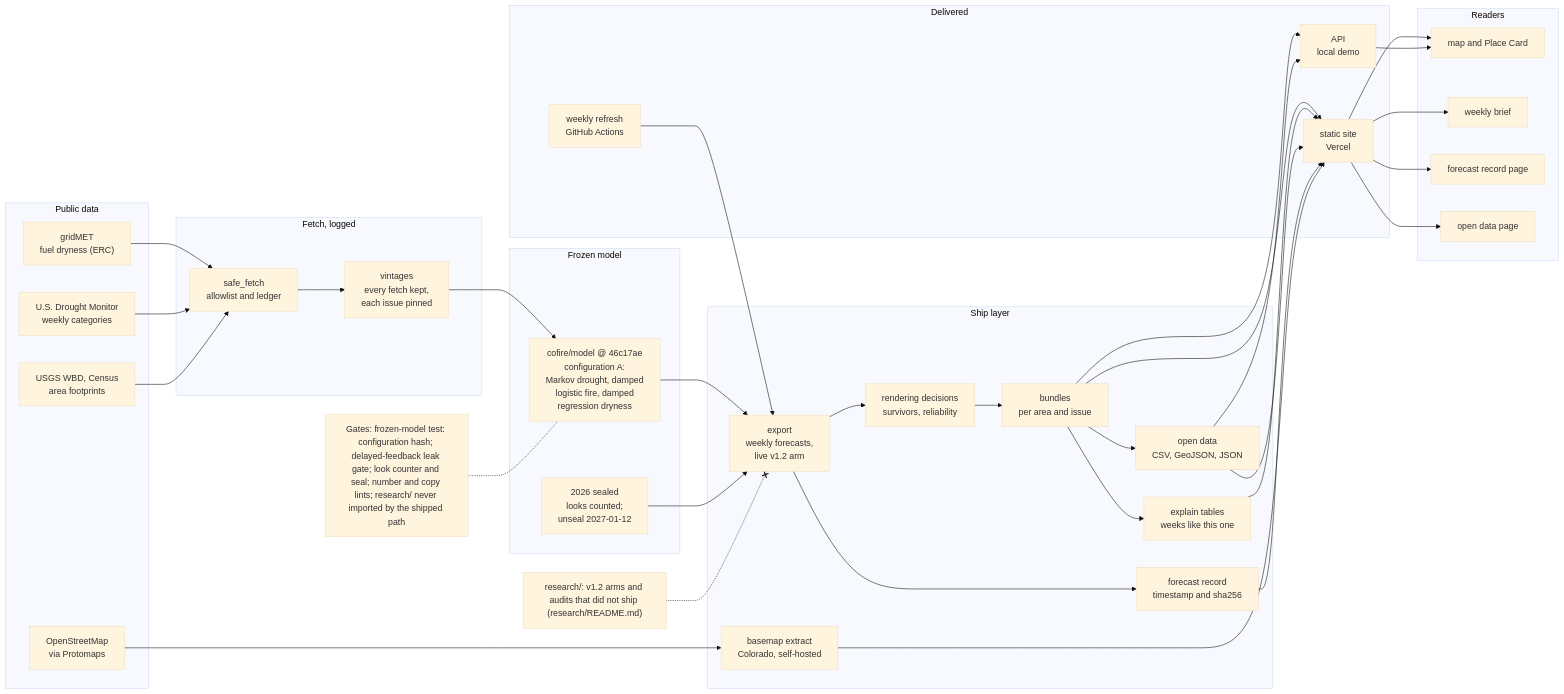
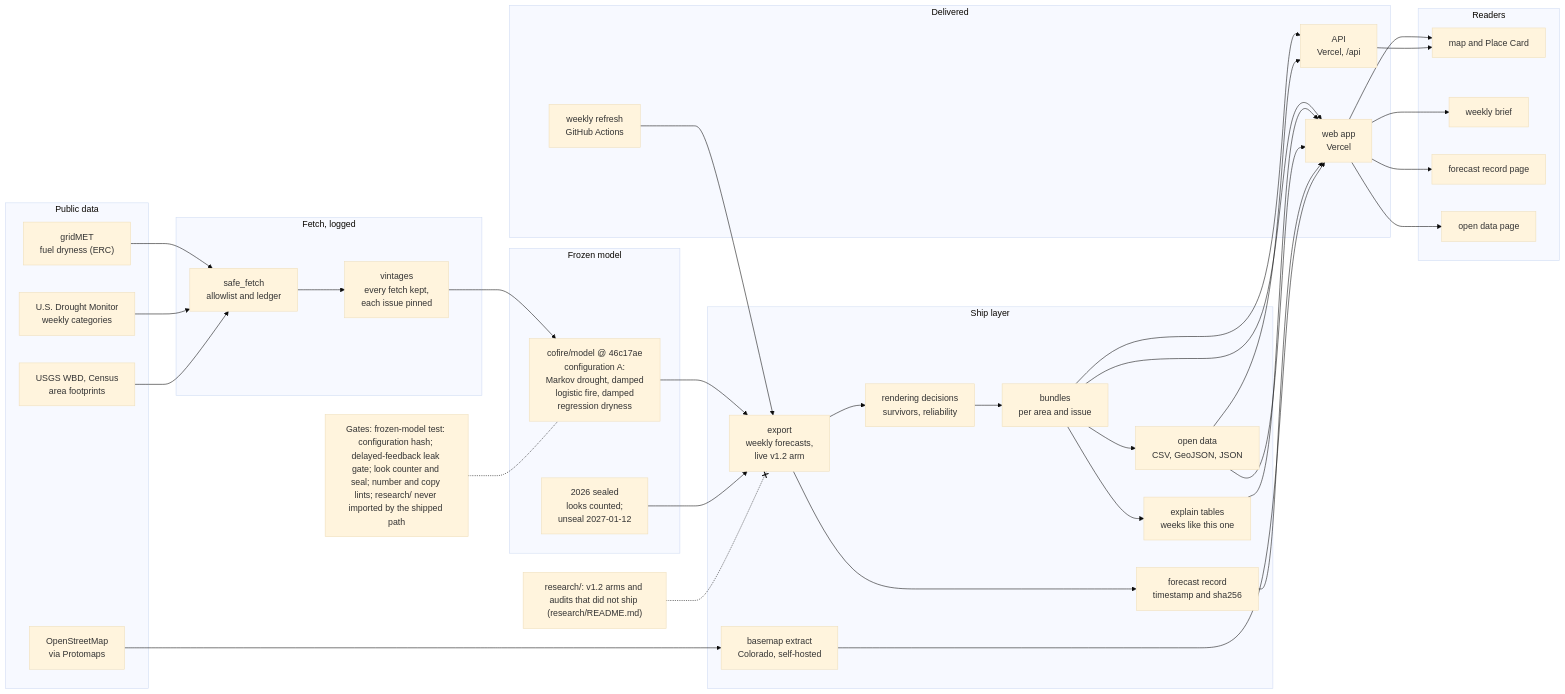
The diagram in README.md (esaran1/cofire), drawn with Mermaid (base theme) before and after one commit. The commit also changed other lines of this file and 24 other files, not shown here.

````diff
--- a/README.md
+++ b/README.md
@@ -30,67 +30,67 @@
 ```mermaid
 flowchart LR
   subgraph c0["Public data"]
     gridmet["gridMET<br/>fuel dryness (ERC)"]
     usdm["U.S. Drought Monitor<br/>weekly categories"]
     bounds["USGS WBD, Census<br/>area footprints"]
     osm["OpenStreetMap<br/>via Protomaps"]
   end
   subgraph c1["Fetch, logged"]
     fetch["safe_fetch<br/>allowlist and ledger"]
     vintages["vintages<br/>every fetch kept,<br/>each issue pinned"]
   end
   subgraph c2["Frozen model"]
     model["cofire/model @ 46c17ae<br/>configuration A:<br/>Markov drought, damped<br/>logistic fire, damped<br/>regression dryness"]
     seal["2026 sealed<br/>looks counted;<br/>unseal 2027-01-12"]
   end
   subgraph c3["Ship layer"]
     export["export<br/>weekly forecasts,<br/>live v1.2 arm"]
     render["rendering decisions<br/>survivors, reliability"]
     bundles["bundles<br/>per area and issue"]
     explain["explain tables<br/>weeks like this one"]
     open["open data<br/>CSV, GeoJSON, JSON"]
     record["forecast record<br/>timestamp and sha256"]
     tiles["basemap extract<br/>Colorado, self-hosted"]
   end
   subgraph c4["Delivered"]
     refresh["weekly refresh<br/>GitHub Actions"]
-    site["static site<br/>Vercel"]
-    api["API<br/>local demo"]
+    site["web app<br/>Vercel"]
+    api["API<br/>Vercel, /api"]
   end
   subgraph c5["Readers"]
     map["map and Place Card"]
     brief["weekly brief"]
     scoreboard["forecast record page"]
     data["open data page"]
   end
   gridmet --> fetch
   usdm --> fetch
   bounds --> fetch
   osm --> tiles
   fetch --> vintages
   vintages --> model
   model --> export
   seal --> export
   export --> render
   render --> bundles
   bundles --> explain
   bundles --> open
   export --> record
   refresh --> export
   bundles --> site
   explain --> site
   open --> site
   record --> site
   tiles --> site
   bundles --> api
   open --> api
   site --> map
   site --> brief
   site --> scoreboard
   site --> data
   api --> map
   gates["Gates: frozen-model test: configuration hash; delayed-feedback leak gate; look counter and seal; number and copy lints; research/ never imported by the shipped path"]
   research["research/: v1.2 arms and audits that did not ship (research/README.md)"]
   gates -.- model
   research -.-x export
 ```
````
